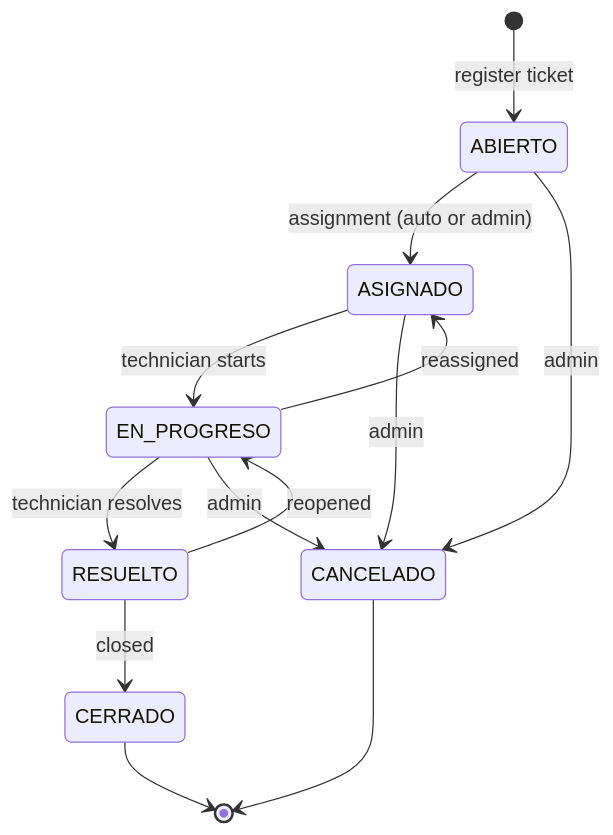
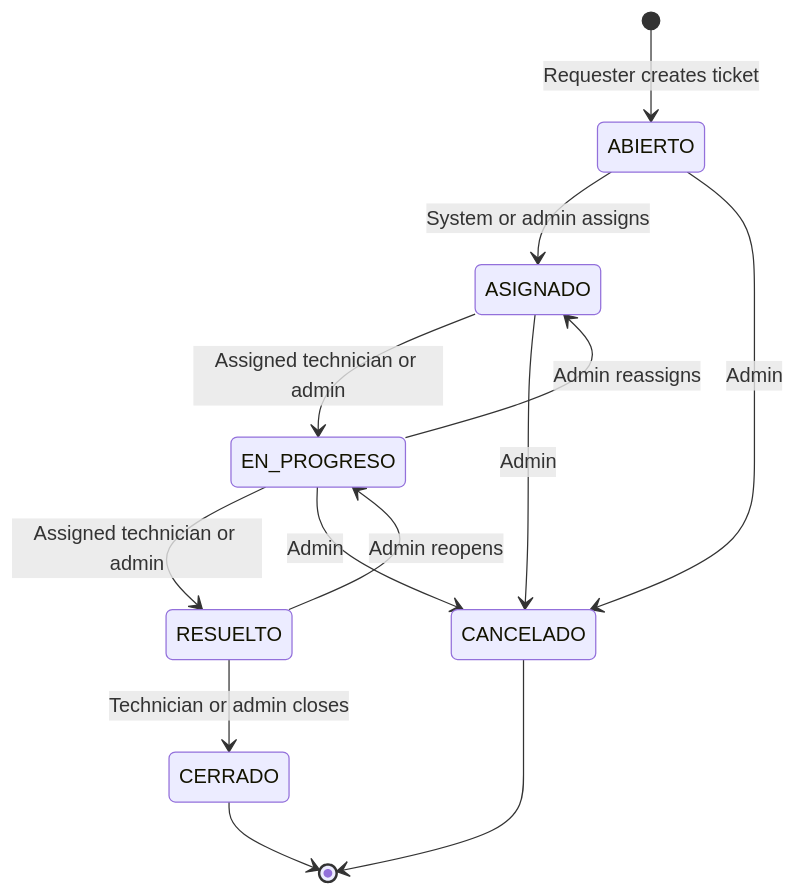
One commit to sntiago05/spring-performance-test changed the third of 5 diagrams in README.md. Above: the diagram before and after it, drawn with Mermaid. The commit also changed other lines of this file and 2 other files, not shown here.

First line of the commit message:
docs: restructure the README and align runbook and evidence with the current system

````diff
--- a/README.md
+++ b/README.md
@@ -178,15 +459,15 @@
 ```mermaid
 stateDiagram-v2
-    [*] --> ABIERTO: register ticket
-    ABIERTO --> ASIGNADO: assignment (auto or admin)
-    ABIERTO --> CANCELADO: admin
-    ASIGNADO --> EN_PROGRESO: technician starts
-    ASIGNADO --> CANCELADO: admin
-    EN_PROGRESO --> ASIGNADO: reassigned
-    EN_PROGRESO --> RESUELTO: technician resolves
-    EN_PROGRESO --> CANCELADO: admin
-    RESUELTO --> EN_PROGRESO: reopened
-    RESUELTO --> CERRADO: closed
-    CERRADO --> [*]
-    CANCELADO --> [*]
+  [*] --> ABIERTO: Requester creates ticket
+  ABIERTO --> ASIGNADO: System or admin assigns
+  ABIERTO --> CANCELADO: Admin
+  ASIGNADO --> EN_PROGRESO: Assigned technician or admin
+  ASIGNADO --> CANCELADO: Admin
+  EN_PROGRESO --> ASIGNADO: Admin reassigns
+  EN_PROGRESO --> RESUELTO: Assigned technician or admin
+  EN_PROGRESO --> CANCELADO: Admin
+  RESUELTO --> EN_PROGRESO: Admin reopens
+  RESUELTO --> CERRADO: Technician or admin closes
+  CERRADO --> [*]
+  CANCELADO --> [*]
 ```
````
